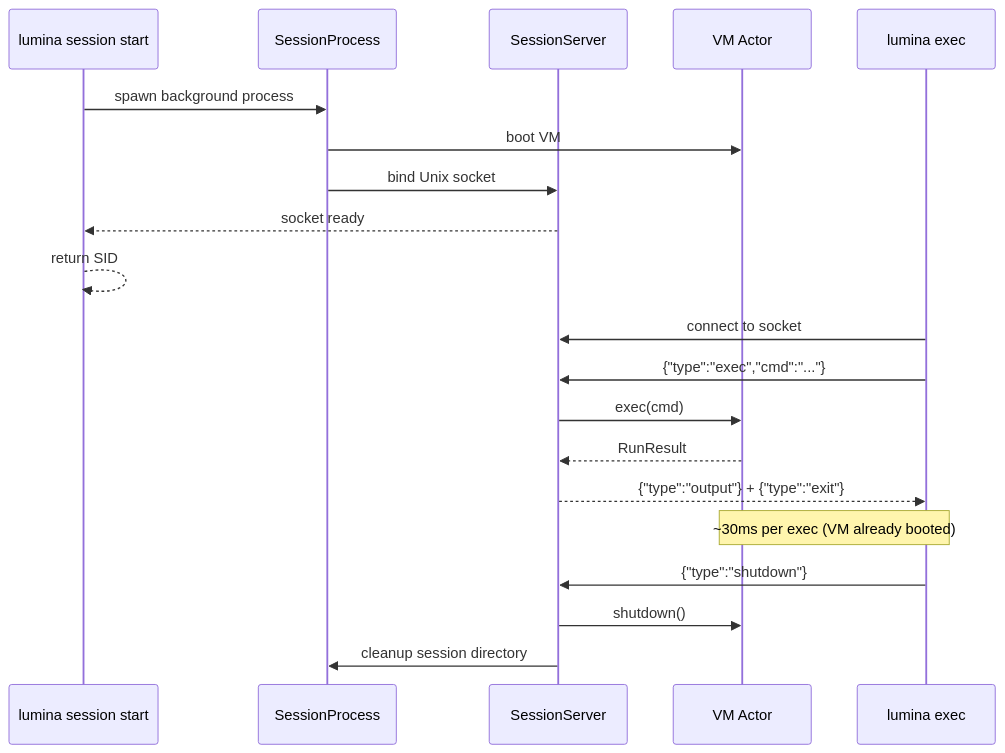
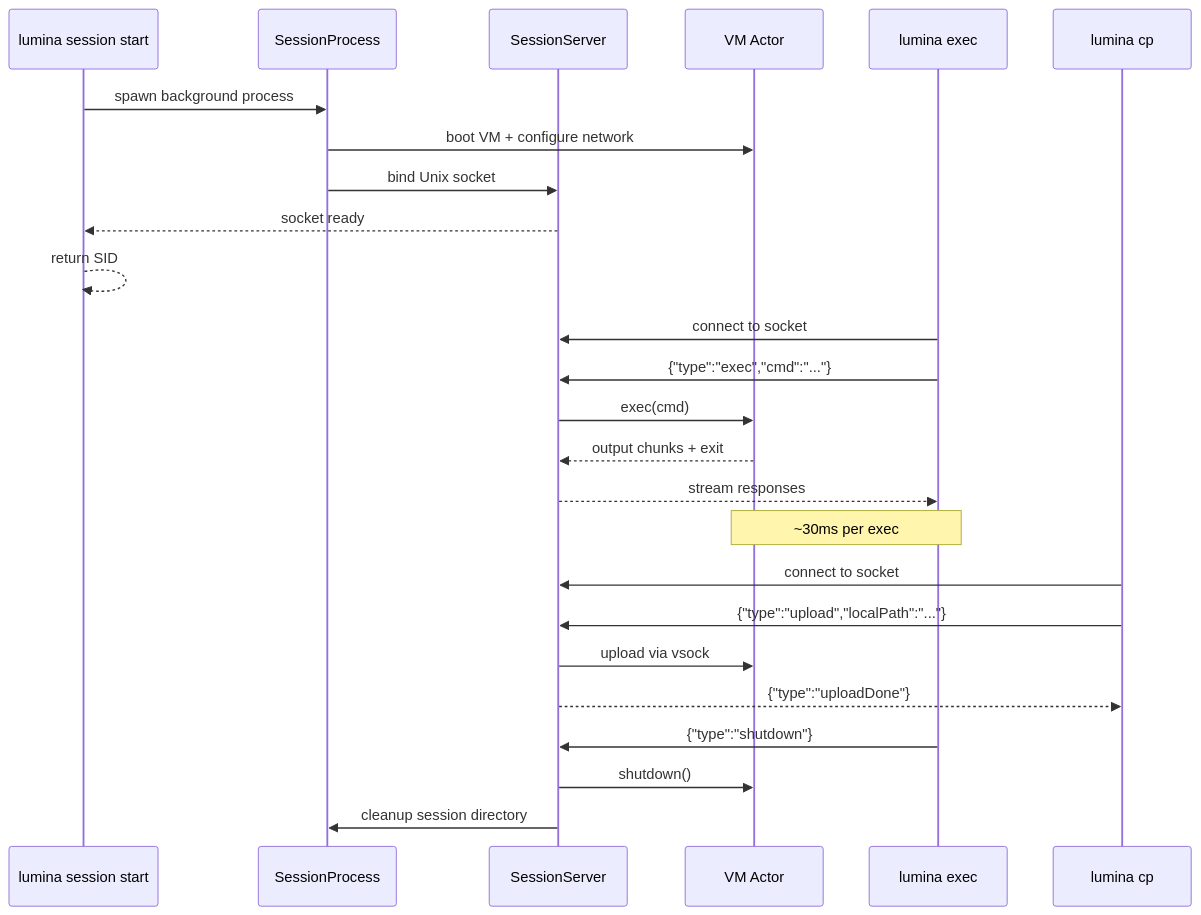
Before and after one commit to abdul-abdi/lumina: the second of 3 diagrams in README.md, drawn with Mermaid. The commit also changed other lines of this file, not shown here.

````diff
--- a/README.md
+++ b/README.md
@@ -383,25 +397,31 @@
 ```mermaid
 sequenceDiagram
     participant CLI as lumina session start
     participant SP as SessionProcess
     participant SS as SessionServer
     participant VM as VM Actor
     participant EC as lumina exec
+    participant CP as lumina cp
 
     CLI->>SP: spawn background process
-    SP->>VM: boot VM
+    SP->>VM: boot VM + configure network
     SP->>SS: bind Unix socket
     SS-->>CLI: socket ready
     CLI-->>CLI: return SID
 
     EC->>SS: connect to socket
     EC->>SS: {"type":"exec","cmd":"..."}
     SS->>VM: exec(cmd)
-    VM-->>SS: RunResult
-    SS-->>EC: {"type":"output"} + {"type":"exit"}
-    Note over EC,VM: ~30ms per exec (VM already booted)
+    VM-->>SS: output chunks + exit
+    SS-->>EC: stream responses
+    Note over EC,VM: ~30ms per exec
+
+    CP->>SS: connect to socket
+    CP->>SS: {"type":"upload","localPath":"..."}
+    SS->>VM: upload via vsock
+    SS-->>CP: {"type":"uploadDone"}
 
     EC->>SS: {"type":"shutdown"}
     SS->>VM: shutdown()
     SS->>SP: cleanup session directory
 ```
````
